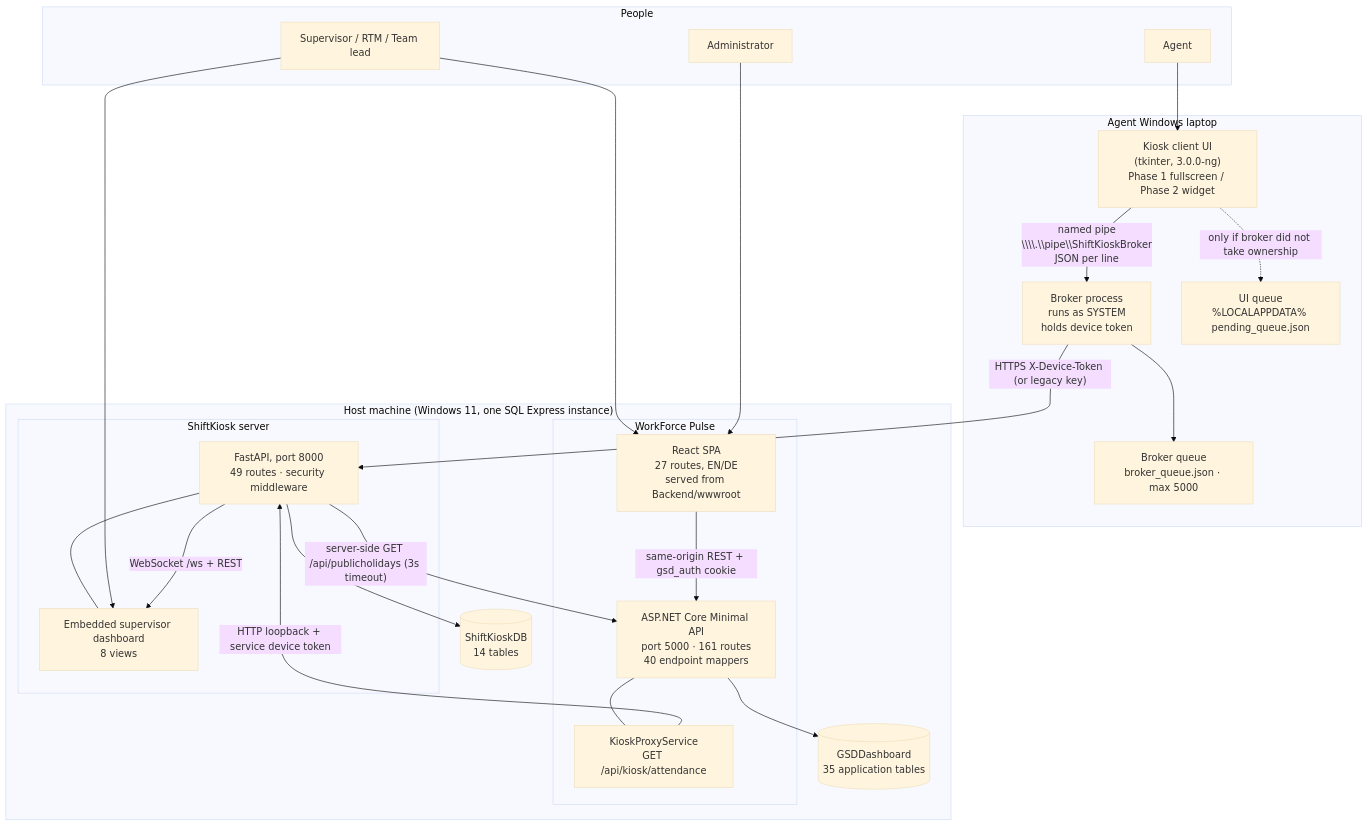
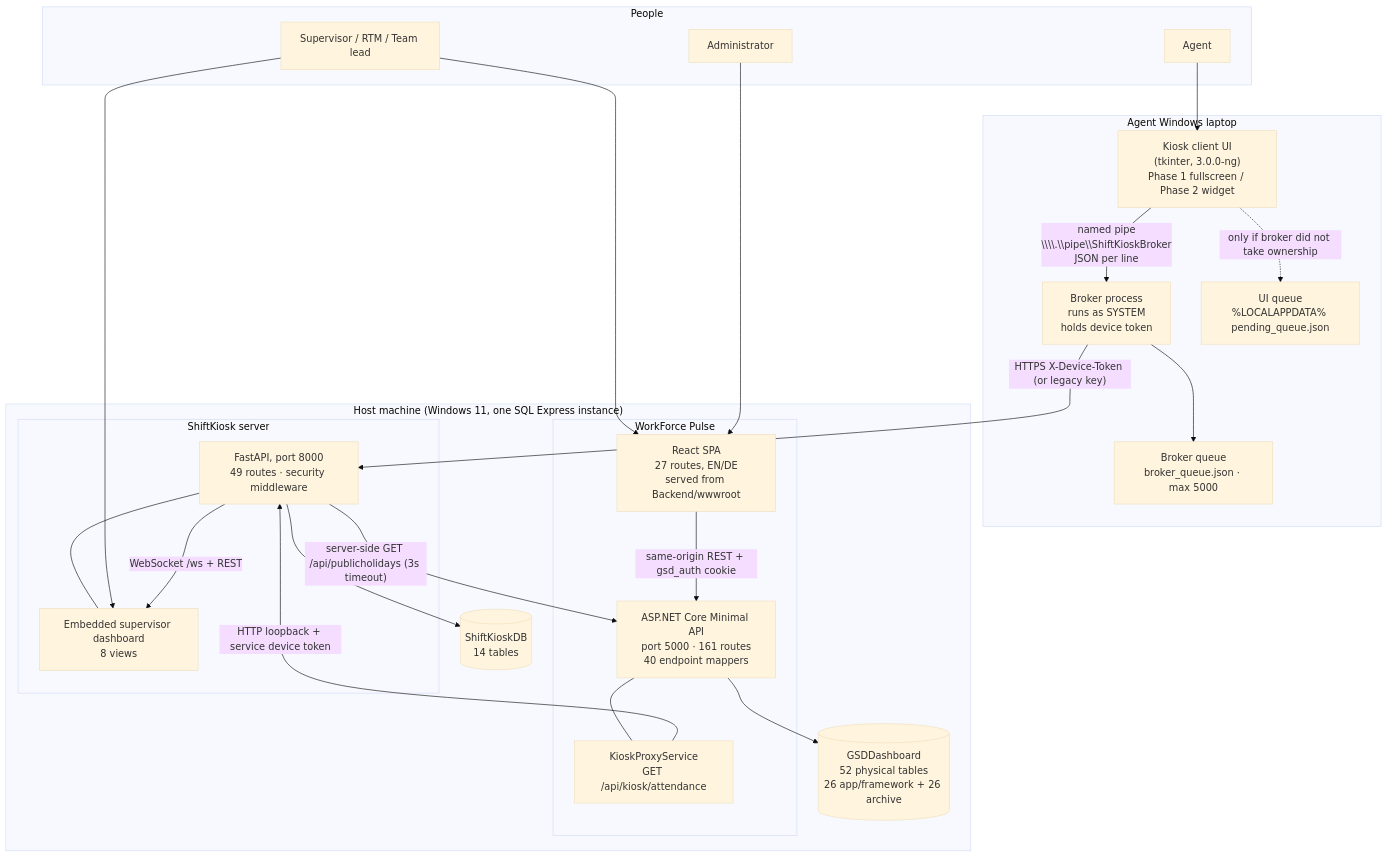
One commit to Srbijadamus/GSDDashboard changed the first of 4 diagrams in documentation/SYSTEM_ARCHITECTURE.md. Above: the diagram before and after it, drawn with Mermaid (base theme). The commit also changed other lines of this file and 6 other files, not shown here.

First line of the commit message:
Docs: correct table count to 26 application/framework + 26 archive (52)

````diff
--- a/documentation/SYSTEM_ARCHITECTURE.md
+++ b/documentation/SYSTEM_ARCHITECTURE.md
@@ -34,46 +34,46 @@
 ```mermaid
 flowchart TB
     subgraph AgentPC["Agent Windows laptop"]
         KioskUI["Kiosk client UI<br/>(tkinter, 3.0.0-ng)<br/>Phase 1 fullscreen / Phase 2 widget"]
         Broker["Broker process<br/>runs as SYSTEM<br/>holds device token"]
         UIQueue["UI queue<br/>%LOCALAPPDATA% pending_queue.json"]
         BrokerQueue["Broker queue<br/>broker_queue.json · max 5000"]
         KioskUI -- "named pipe<br/>\\\\.\\pipe\\ShiftKioskBroker<br/>JSON per line" --> Broker
         KioskUI -. "only if broker did not take ownership" .-> UIQueue
         Broker --> BrokerQueue
     end
 
     subgraph Host["Host machine (Windows 11, one SQL Express instance)"]
         subgraph Pulse["WorkForce Pulse"]
             SPA["React SPA<br/>27 routes, EN/DE<br/>served from Backend/wwwroot"]
             API["ASP.NET Core Minimal API<br/>port 5000 · 161 routes<br/>40 endpoint mappers"]
             Proxy["KioskProxyService<br/>GET /api/kiosk/attendance"]
             SPA -- "same-origin REST + gsd_auth cookie" --> API
             API --- Proxy
         end
         subgraph KioskSrv["ShiftKiosk server"]
             KAPI["FastAPI, port 8000<br/>49 routes · security middleware"]
             DASH["Embedded supervisor dashboard<br/>8 views"]
             KAPI --- DASH
         end
-        DB1[("GSDDashboard<br/>35 application tables")]
+        DB1[("GSDDashboard<br/>52 physical tables<br/>26 app/framework + 26 archive")]
         DB2[("ShiftKioskDB<br/>14 tables")]
         API --> DB1
         KAPI --> DB2
     end
 
     subgraph Users["People"]
         Agent["Agent"]
         Sup["Supervisor / RTM / Team lead"]
         Admin["Administrator"]
     end
 
     Agent --> KioskUI
     Sup --> SPA
     Sup --> DASH
     Admin --> SPA
     Broker -- "HTTPS X-Device-Token (or legacy key)" --> KAPI
     Proxy -- "HTTP loopback + service device token" --> KAPI
     KAPI -- "server-side GET /api/publicholidays (3s timeout)" --> API
     KAPI -- "WebSocket /ws + REST" --> DASH
 ```
````
